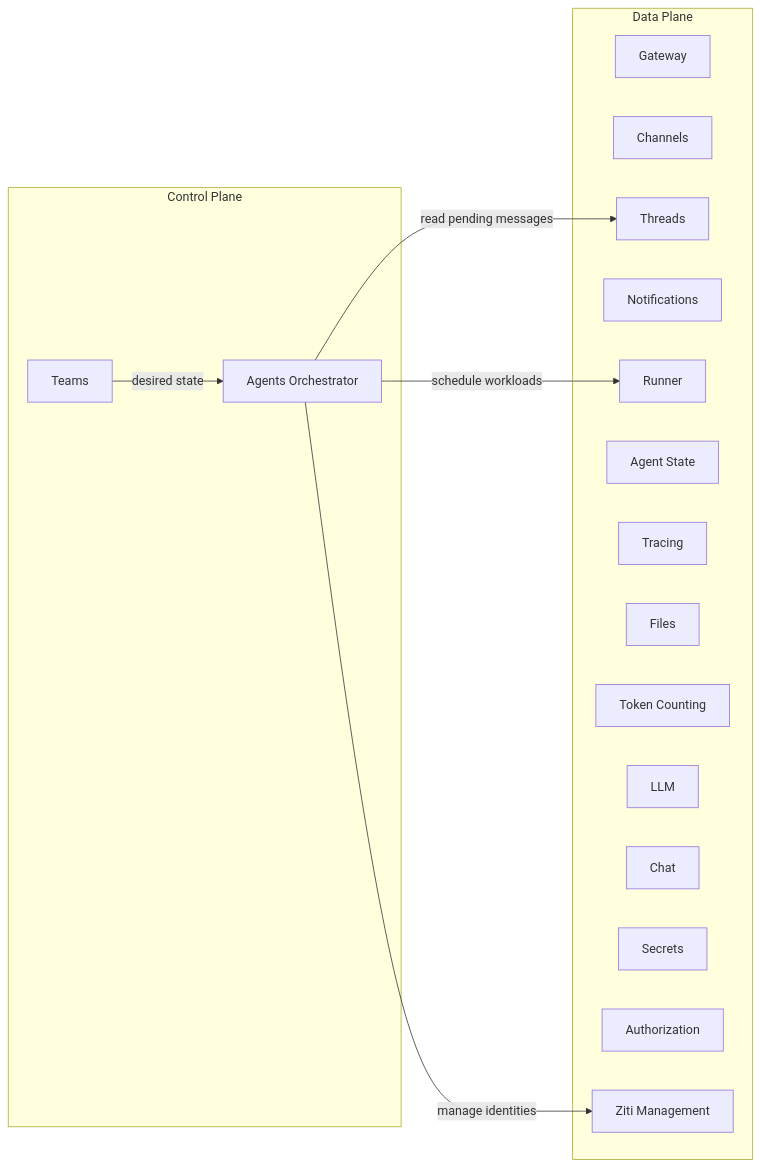
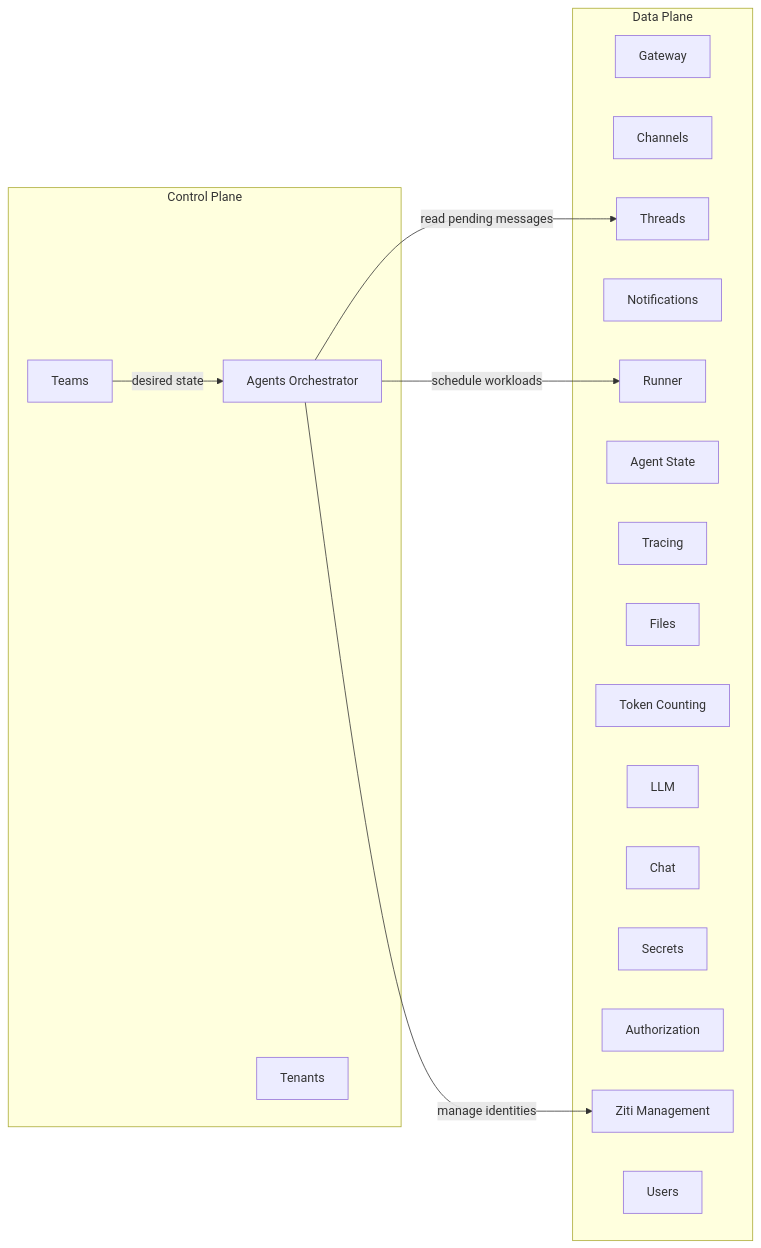
Before and after one commit to agynio/architecture: the first of 2 diagrams in architecture/control-data-plane.md, drawn with Mermaid. The commit also changed other lines of this file and 8 other files, not shown here.

````diff
--- a/architecture/control-data-plane.md
+++ b/architecture/control-data-plane.md
@@ -21,29 +21,31 @@
 ```mermaid
 graph LR
     subgraph Control Plane
         Teams
         AgentsOrch[Agents Orchestrator]
+        Tenants
     end
 
     subgraph Data Plane
         Gateway
         Channels
         Threads
         Notifications
         Runner
         AgentState[Agent State]
         Tracing
         Files
         TokenCounting[Token Counting]
         LLM
         Chat
         Secrets
         Authorization
         ZitiMgmt[Ziti Management]
+        Users
     end
 
     Teams -->|desired state| AgentsOrch
     AgentsOrch -->|schedule workloads| Runner
     AgentsOrch -->|manage identities| ZitiMgmt
     AgentsOrch -->|read pending messages| Threads
 ```
````
